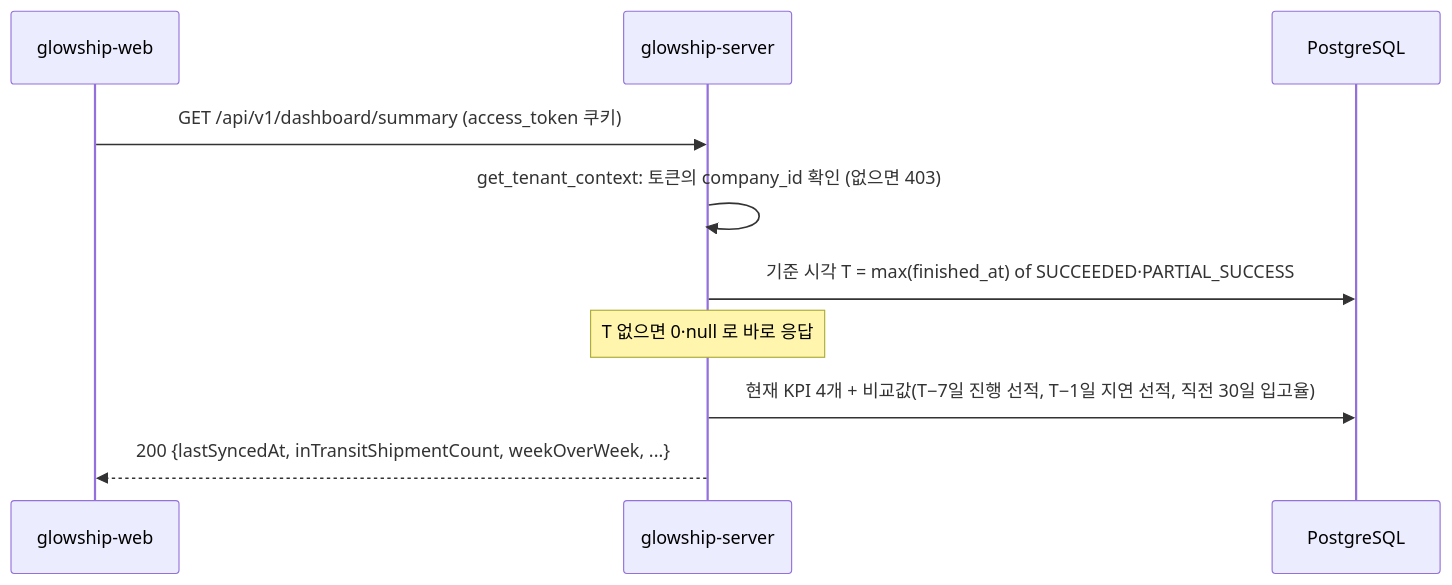
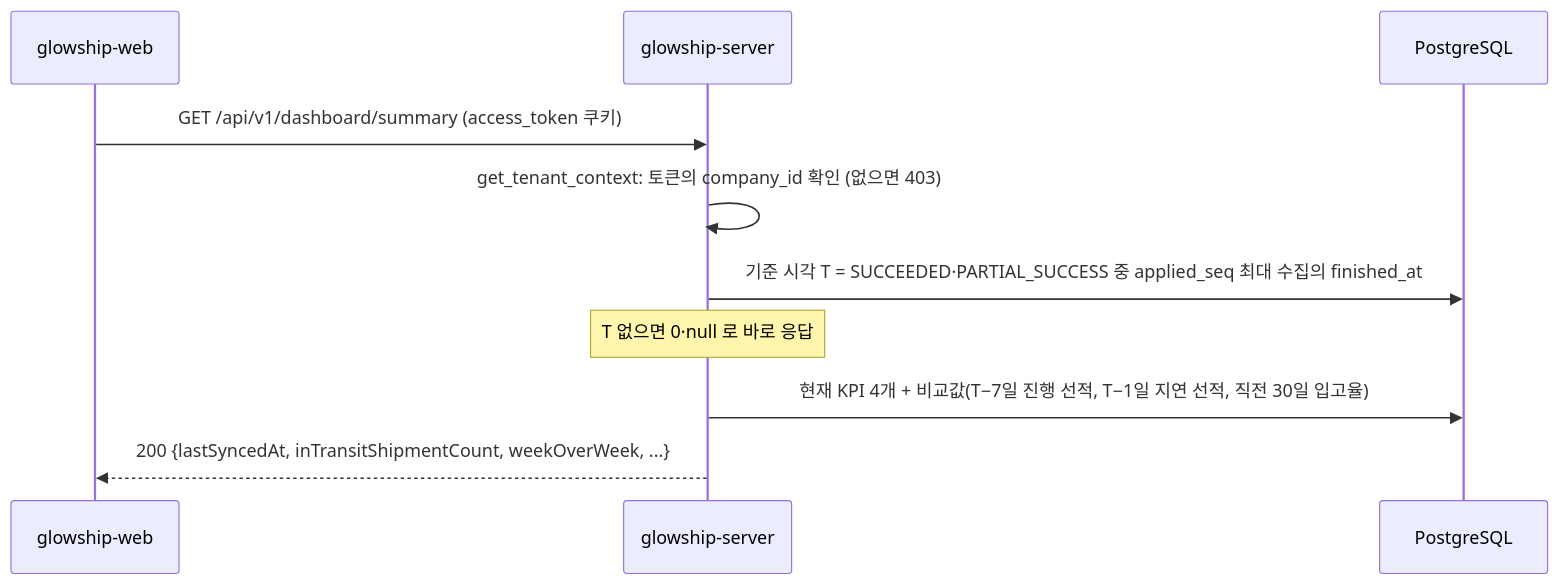
One commit to K-GlowShip/glowship-server changed the diagram in docs/dashboard/dashboard.md. Above: the diagram before and after it, drawn with Mermaid. The commit also changed other lines of this file and 2 other files, not shown here.

Commit message:
fix(dashboard): 기준 시각 T 를 적재된 수집 중 applied_seq 최대 수집의 finished_at 으로 (명세 C32) #GLOW-91

````diff
--- a/docs/dashboard/dashboard.md
+++ b/docs/dashboard/dashboard.md
@@ -13,13 +13,13 @@
 ```mermaid
 sequenceDiagram
     participant W as glowship-web
     participant S as glowship-server
     participant DB as PostgreSQL
 
     W->>S: GET /api/v1/dashboard/summary (access_token 쿠키)
     S->>S: get_tenant_context: 토큰의 company_id 확인 (없으면 403)
-    S->>DB: 기준 시각 T = max(finished_at) of SUCCEEDED·PARTIAL_SUCCESS
+    S->>DB: 기준 시각 T = SUCCEEDED·PARTIAL_SUCCESS 중 applied_seq 최대 수집의 finished_at
     Note over S: T 없으면 0·null 로 바로 응답
     S->>DB: 현재 KPI 4개 + 비교값(T−7일 진행 선적, T−1일 지연 선적, 직전 30일 입고율)
     S-->>W: 200 {lastSyncedAt, inTransitShipmentCount, weekOverWeek, ...}
 ```
````
